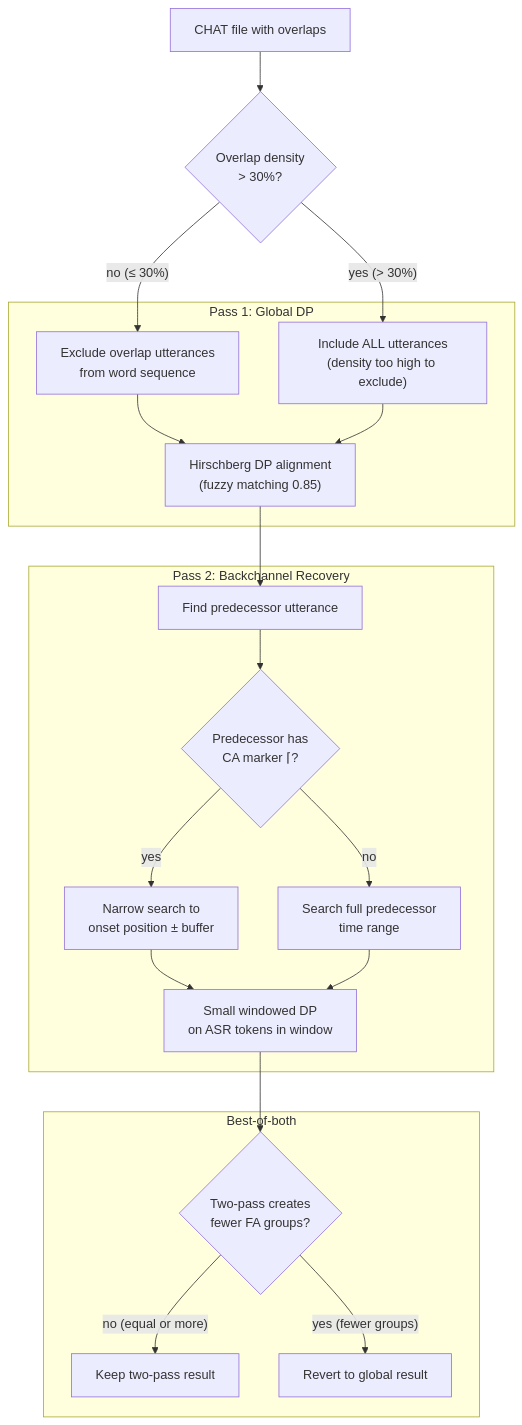
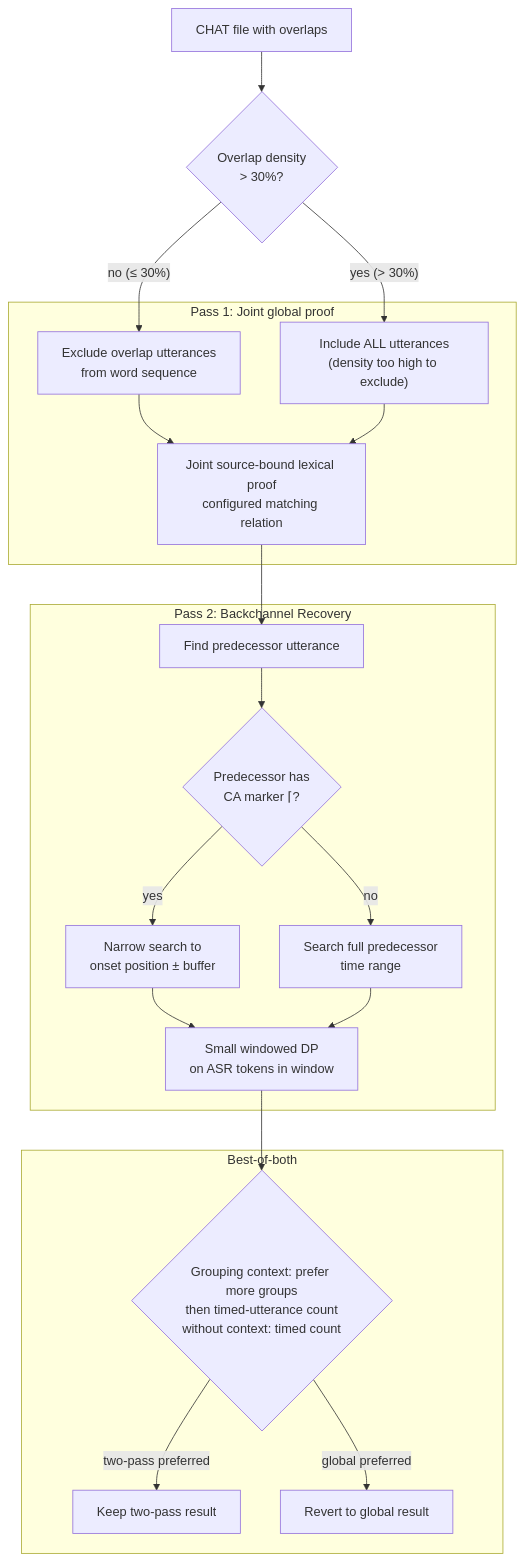
The third of 4 diagrams in book/src/architecture/parser-and-grammar/dynamic-programming.md (FranklinChen/talkbank-tools), drawn with Mermaid before and after one commit. The commit also changed other lines of this file and 61 other files, not shown here.

````diff
--- a/book/src/architecture/parser-and-grammar/dynamic-programming.md
+++ b/book/src/architecture/parser-and-grammar/dynamic-programming.md
@@ -153,35 +168,35 @@
 ```mermaid
 flowchart TD
     file["CHAT file with overlaps"]
-    density{"Overlap density\n> 30%?"}
+    density{"Overlap density<br/>> 30%?"}
 
-    subgraph Pass1["Pass 1: Global DP"]
-        exclude["Exclude overlap utterances\nfrom word sequence"]
-        include["Include ALL utterances\n(density too high to exclude)"]
-        global["Hirschberg DP alignment\n(fuzzy matching 0.85)"]
+    subgraph Pass1["Pass 1: Joint global proof"]
+        exclude["Exclude overlap utterances<br/>from word sequence"]
+        include["Include ALL utterances<br/>(density too high to exclude)"]
+        global["Joint source-bound lexical proof<br/>configured matching relation"]
     end
 
     subgraph Pass2["Pass 2: Backchannel Recovery"]
         find_pred["Find predecessor utterance"]
-        ca_check{"Predecessor has\nCA marker ⌈?"}
-        full_window["Search full predecessor\ntime range"]
-        narrow_window["Narrow search to\nonset position ± buffer"]
-        windowed_dp["Small windowed DP\non ASR tokens in window"]
+        ca_check{"Predecessor has<br/>CA marker ⌈?"}
+        full_window["Search full predecessor<br/>time range"]
+        narrow_window["Narrow search to<br/>onset position ± buffer"]
+        windowed_dp["Small windowed DP<br/>on ASR tokens in window"]
     end
 
     subgraph Fallback["Best-of-both"]
-        compare{"Two-pass creates\nfewer FA groups?"}
+        compare{"Grouping context: prefer more groups<br/>then timed-utterance count<br/>without context: timed count"}
         keep["Keep two-pass result"]
         revert["Revert to global result"]
     end
 
     file --> density
     density -->|"no (≤ 30%)"| exclude --> global
     density -->|"yes (> 30%)"| include --> global
     global --> find_pred --> ca_check
     ca_check -->|yes| narrow_window --> windowed_dp
     ca_check -->|no| full_window --> windowed_dp
     windowed_dp --> compare
-    compare -->|"no (equal or more)"| keep
-    compare -->|"yes (fewer groups)"| revert
+    compare -->|"two-pass preferred"| keep
+    compare -->|"global preferred"| revert
 ```
````
